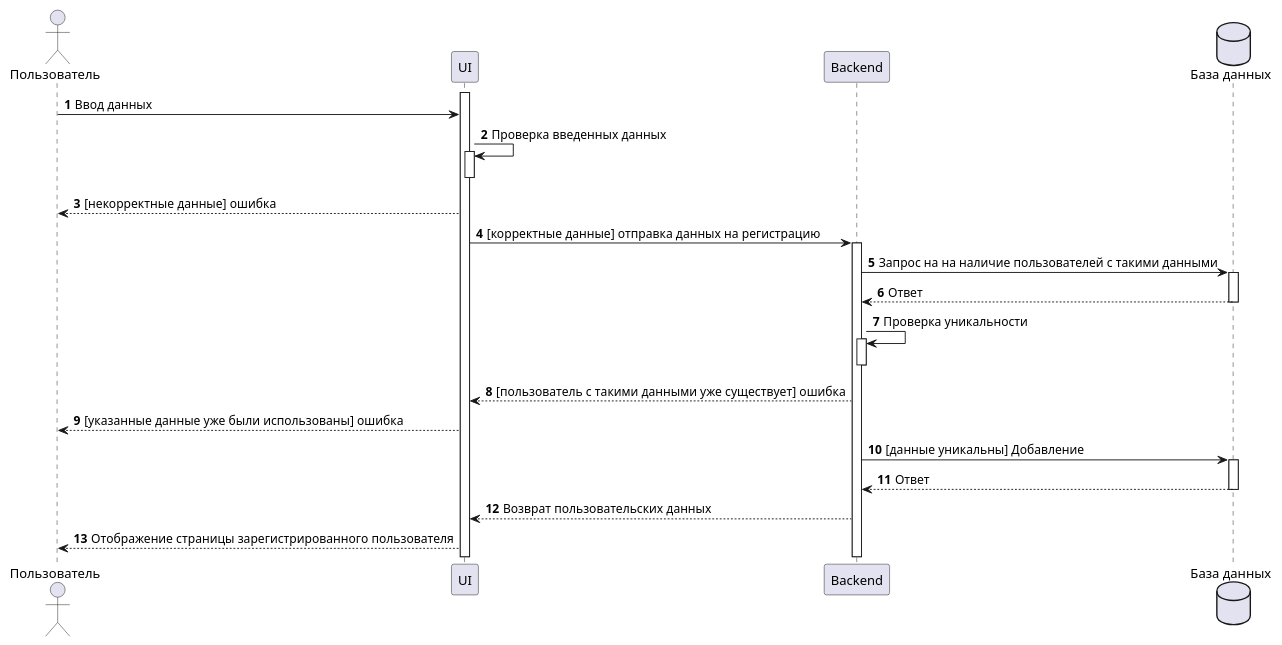
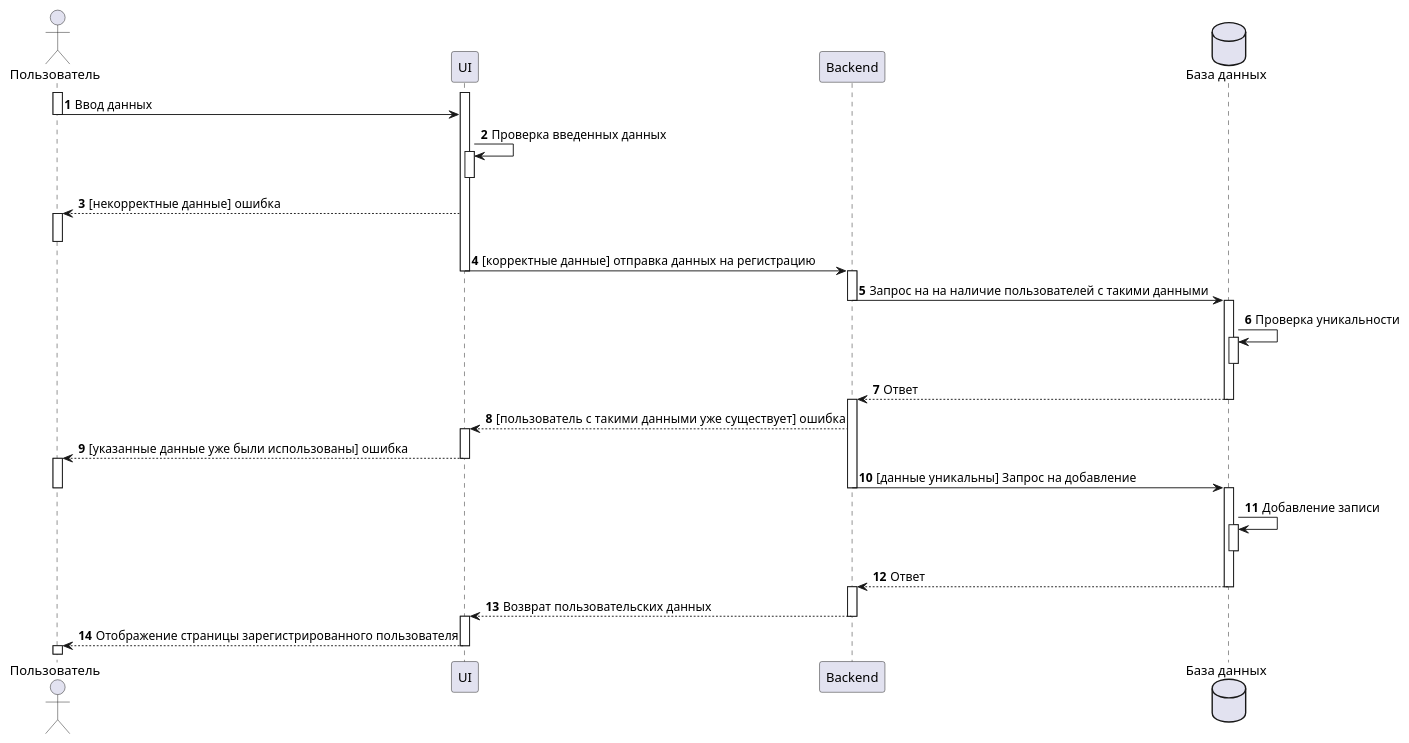
One commit to xlebec27/RGARMusic changed the diagram in docs/diagrams/SequenceRegistration.puml. Above: the diagram before and after it, drawn with PlantUML.

Commit message:
Final SequenceRegistration

```diff
--- a/docs/diagrams/SequenceRegistration.puml
+++ b/docs/diagrams/SequenceRegistration.puml
@@ -1,38 +1,55 @@
 @startuml
 autonumber
 
 actor "Пользователь" as user
 participant "UI" as ui
 participant "Backend" as backend
 database "База данных" as database
 
 activate ui
+activate user
 user->ui:Ввод данных
+deactivate user
 ui->ui:Проверка введенных данных
 activate ui
 deactivate ui
 ui-->user:[некорректные данные] ошибка
-
+activate user
+deactivate user
 ui->backend:[корректные данные] отправка данных на регистрацию
+deactivate ui
 activate backend
 
 backend->database:Запрос на на наличие пользователей с такими данными
+deactivate backend
 activate database
-
-database-->backend:Ответ
+database->database:Проверка уникальности
+activate database
 deactivate database
-backend->backend:Проверка уникальности
-activate backend
-deactivate backend
-backend-->ui:[пользователь с такими данными уже существует] ошибка
-ui-->user: [указанные данные уже были использованы] ошибка
-
-backend->database:[данные уникальны] Добавление
-activate database
-
 database-->backend:Ответ
 deactivate database
 
+activate backend
+backend-->ui:[пользователь с такими данными уже существует] ошибка
+activate ui
+ui-->user: [указанные данные уже были использованы] ошибка
+deactivate ui
+activate user
+backend->database:[данные уникальны] Запрос на добавление
+deactivate backend
+deactivate user
+activate database
+database->database:Добавление записи
+activate database
+deactivate database
+database-->backend:Ответ
+deactivate database
+activate backend
 backend-->ui:Возврат пользовательских данных
+deactivate backend
+activate ui
 ui-->user:Отображение страницы зарегистрированного пользователя
+deactivate ui
+activate user
+deactivate user
 @enduml
```
